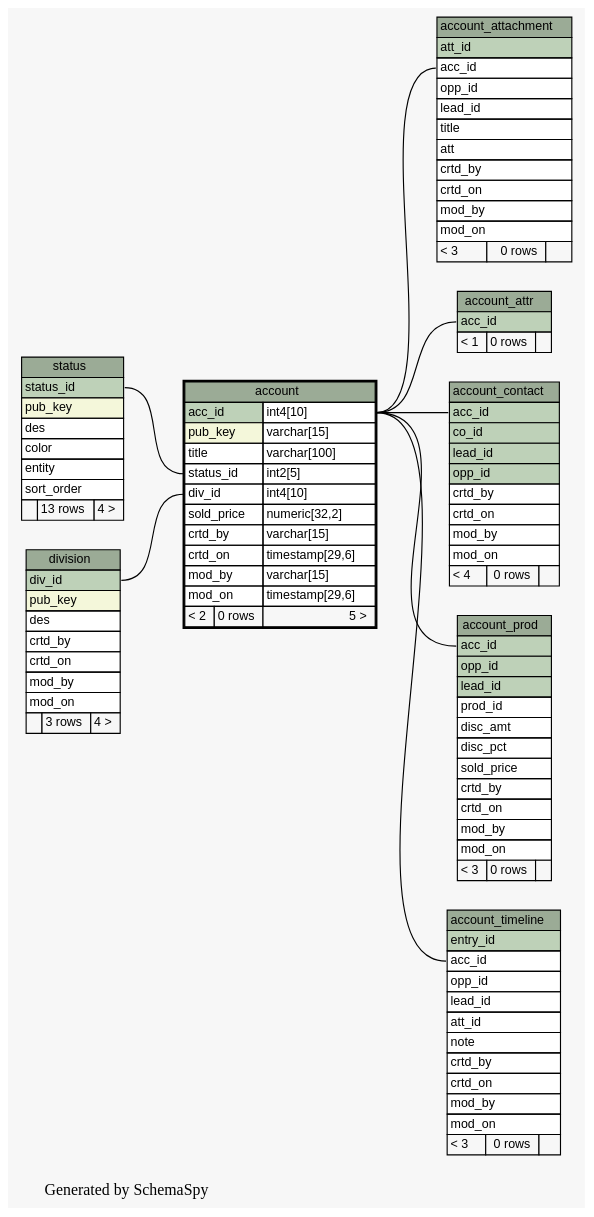
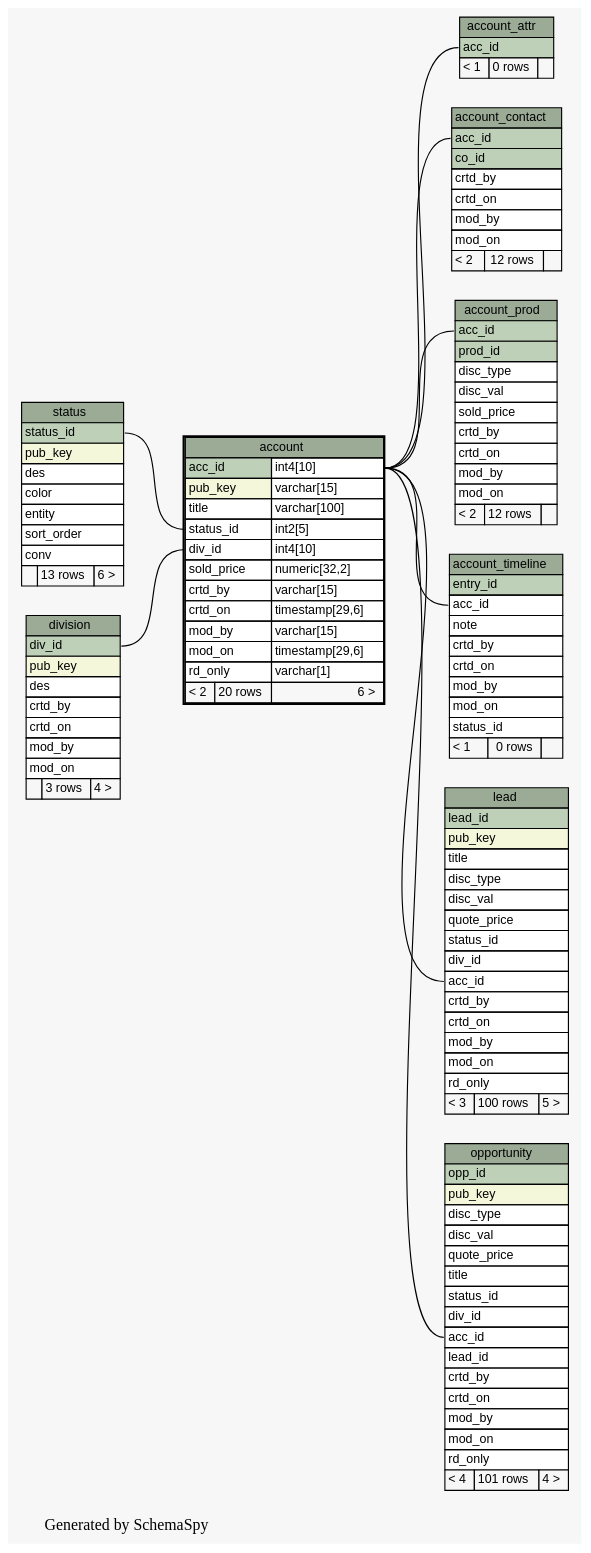
One commit to engineerscraft/salesforce changed the diagram in docs/database/schemaspy/graphs/account.1degree.dot. Above: the diagram before and after it, drawn with Graphviz. The commit also changed 157 other files, not shown here.

```diff
--- a/docs/database/schemaspy/graphs/account.1degree.dot
+++ b/docs/database/schemaspy/graphs/account.1degree.dot
@@ -16,11 +16,12 @@
   ];
   "account":"div_id":w -> "division":"div_id":e [arrowtail=crowtee arrowhead=none];
   "account":"status_id":w -> "status":"status_id":e [arrowtail=crowtee arrowhead=none];
-  "account_attachment":"acc_id":w -> "account":"acc_id.type":e [arrowtail=crowtee arrowhead=none];
   "account_attr":"acc_id":w -> "account":"acc_id.type":e [arrowtail=tee arrowhead=none];
   "account_contact":"acc_id":w -> "account":"acc_id.type":e [arrowtail=crowtee arrowhead=none];
   "account_prod":"acc_id":w -> "account":"acc_id.type":e [arrowtail=crowtee arrowhead=none];
   "account_timeline":"acc_id":w -> "account":"acc_id.type":e [arrowtail=crowtee arrowhead=none];
+  "lead":"acc_id":w -> "account":"acc_id.type":e [arrowtail=crowodot arrowhead=none];
+  "opportunity":"acc_id":w -> "account":"acc_id.type":e [arrowtail=crowodot arrowhead=none];
   "account" [
     label=<
     <TABLE BORDER="2" CELLBORDER="1" CELLSPACING="0" BGCOLOR="#ffffff">
@@ -35,29 +36,11 @@
       <TR><TD PORT="crtd_on" COLSPAN="2" ALIGN="LEFT">crtd_on</TD><TD PORT="crtd_on.type" ALIGN="LEFT">timestamp[29,6]</TD></TR>
       <TR><TD PORT="mod_by" COLSPAN="2" ALIGN="LEFT">mod_by</TD><TD PORT="mod_by.type" ALIGN="LEFT">varchar[15]</TD></TR>
       <TR><TD PORT="mod_on" COLSPAN="2" ALIGN="LEFT">mod_on</TD><TD PORT="mod_on.type" ALIGN="LEFT">timestamp[29,6]</TD></TR>
-      <TR><TD ALIGN="LEFT" BGCOLOR="#f7f7f7">&lt; 2</TD><TD ALIGN="RIGHT" BGCOLOR="#f7f7f7">0 rows</TD><TD ALIGN="RIGHT" BGCOLOR="#f7f7f7">5 &gt;</TD></TR>
+      <TR><TD PORT="rd_only" COLSPAN="2" ALIGN="LEFT">rd_only</TD><TD PORT="rd_only.type" ALIGN="LEFT">varchar[1]</TD></TR>
+      <TR><TD ALIGN="LEFT" BGCOLOR="#f7f7f7">&lt; 2</TD><TD ALIGN="RIGHT" BGCOLOR="#f7f7f7">20 rows</TD><TD ALIGN="RIGHT" BGCOLOR="#f7f7f7">6 &gt;</TD></TR>
     </TABLE>>
     URL="account.html#"
     tooltip="account"
-  ];
-  "account_attachment" [
-    label=<
-    <TABLE BORDER="0" CELLBORDER="1" CELLSPACING="0" BGCOLOR="#ffffff">
-      <TR><TD PORT="account_attachment.heading" COLSPAN="3" BGCOLOR="#9bab96" ALIGN="CENTER">account_attachment</TD></TR>
-      <TR><TD PORT="att_id" COLSPAN="3" BGCOLOR="#bed1b8" ALIGN="LEFT">att_id</TD></TR>
-      <TR><TD PORT="acc_id" COLSPAN="3" ALIGN="LEFT">acc_id</TD></TR>
-      <TR><TD PORT="opp_id" COLSPAN="3" ALIGN="LEFT">opp_id</TD></TR>
-      <TR><TD PORT="lead_id" COLSPAN="3" ALIGN="LEFT">lead_id</TD></TR>
-      <TR><TD PORT="title" COLSPAN="3" ALIGN="LEFT">title</TD></TR>
-      <TR><TD PORT="att" COLSPAN="3" ALIGN="LEFT">att</TD></TR>
-      <TR><TD PORT="crtd_by" COLSPAN="3" ALIGN="LEFT">crtd_by</TD></TR>
-      <TR><TD PORT="crtd_on" COLSPAN="3" ALIGN="LEFT">crtd_on</TD></TR>
-      <TR><TD PORT="mod_by" COLSPAN="3" ALIGN="LEFT">mod_by</TD></TR>
-      <TR><TD PORT="mod_on" COLSPAN="3" ALIGN="LEFT">mod_on</TD></TR>
-      <TR><TD ALIGN="LEFT" BGCOLOR="#f7f7f7">&lt; 3</TD><TD ALIGN="RIGHT" BGCOLOR="#f7f7f7">0 rows</TD><TD ALIGN="RIGHT" BGCOLOR="#f7f7f7">  </TD></TR>
-    </TABLE>>
-    URL="account_attachment.html#graph"
-    tooltip="account_attachment"
   ];
   "account_attr" [
     label=<
@@ -75,13 +58,11 @@
       <TR><TD PORT="account_contact.heading" COLSPAN="3" BGCOLOR="#9bab96" ALIGN="CENTER">account_contact</TD></TR>
       <TR><TD PORT="acc_id" COLSPAN="3" BGCOLOR="#bed1b8" ALIGN="LEFT">acc_id</TD></TR>
       <TR><TD PORT="co_id" COLSPAN="3" BGCOLOR="#bed1b8" ALIGN="LEFT">co_id</TD></TR>
-      <TR><TD PORT="lead_id" COLSPAN="3" BGCOLOR="#bed1b8" ALIGN="LEFT">lead_id</TD></TR>
-      <TR><TD PORT="opp_id" COLSPAN="3" BGCOLOR="#bed1b8" ALIGN="LEFT">opp_id</TD></TR>
       <TR><TD PORT="crtd_by" COLSPAN="3" ALIGN="LEFT">crtd_by</TD></TR>
       <TR><TD PORT="crtd_on" COLSPAN="3" ALIGN="LEFT">crtd_on</TD></TR>
       <TR><TD PORT="mod_by" COLSPAN="3" ALIGN="LEFT">mod_by</TD></TR>
       <TR><TD PORT="mod_on" COLSPAN="3" ALIGN="LEFT">mod_on</TD></TR>
-      <TR><TD ALIGN="LEFT" BGCOLOR="#f7f7f7">&lt; 4</TD><TD ALIGN="RIGHT" BGCOLOR="#f7f7f7">0 rows</TD><TD ALIGN="RIGHT" BGCOLOR="#f7f7f7">  </TD></TR>
+      <TR><TD ALIGN="LEFT" BGCOLOR="#f7f7f7">&lt; 2</TD><TD ALIGN="RIGHT" BGCOLOR="#f7f7f7">12 rows</TD><TD ALIGN="RIGHT" BGCOLOR="#f7f7f7">  </TD></TR>
     </TABLE>>
     URL="account_contact.html#graph"
     tooltip="account_contact"
@@ -91,17 +72,15 @@
     <TABLE BORDER="0" CELLBORDER="1" CELLSPACING="0" BGCOLOR="#ffffff">
       <TR><TD PORT="account_prod.heading" COLSPAN="3" BGCOLOR="#9bab96" ALIGN="CENTER">account_prod</TD></TR>
       <TR><TD PORT="acc_id" COLSPAN="3" BGCOLOR="#bed1b8" ALIGN="LEFT">acc_id</TD></TR>
-      <TR><TD PORT="opp_id" COLSPAN="3" BGCOLOR="#bed1b8" ALIGN="LEFT">opp_id</TD></TR>
-      <TR><TD PORT="lead_id" COLSPAN="3" BGCOLOR="#bed1b8" ALIGN="LEFT">lead_id</TD></TR>
-      <TR><TD PORT="prod_id" COLSPAN="3" ALIGN="LEFT">prod_id</TD></TR>
-      <TR><TD PORT="disc_amt" COLSPAN="3" ALIGN="LEFT">disc_amt</TD></TR>
-      <TR><TD PORT="disc_pct" COLSPAN="3" ALIGN="LEFT">disc_pct</TD></TR>
+      <TR><TD PORT="prod_id" COLSPAN="3" BGCOLOR="#bed1b8" ALIGN="LEFT">prod_id</TD></TR>
+      <TR><TD PORT="disc_type" COLSPAN="3" ALIGN="LEFT">disc_type</TD></TR>
+      <TR><TD PORT="disc_val" COLSPAN="3" ALIGN="LEFT">disc_val</TD></TR>
       <TR><TD PORT="sold_price" COLSPAN="3" ALIGN="LEFT">sold_price</TD></TR>
       <TR><TD PORT="crtd_by" COLSPAN="3" ALIGN="LEFT">crtd_by</TD></TR>
       <TR><TD PORT="crtd_on" COLSPAN="3" ALIGN="LEFT">crtd_on</TD></TR>
       <TR><TD PORT="mod_by" COLSPAN="3" ALIGN="LEFT">mod_by</TD></TR>
       <TR><TD PORT="mod_on" COLSPAN="3" ALIGN="LEFT">mod_on</TD></TR>
-      <TR><TD ALIGN="LEFT" BGCOLOR="#f7f7f7">&lt; 3</TD><TD ALIGN="RIGHT" BGCOLOR="#f7f7f7">0 rows</TD><TD ALIGN="RIGHT" BGCOLOR="#f7f7f7">  </TD></TR>
+      <TR><TD ALIGN="LEFT" BGCOLOR="#f7f7f7">&lt; 2</TD><TD ALIGN="RIGHT" BGCOLOR="#f7f7f7">12 rows</TD><TD ALIGN="RIGHT" BGCOLOR="#f7f7f7">  </TD></TR>
     </TABLE>>
     URL="account_prod.html#graph"
     tooltip="account_prod"
@@ -112,15 +91,13 @@
       <TR><TD PORT="account_timeline.heading" COLSPAN="3" BGCOLOR="#9bab96" ALIGN="CENTER">account_timeline</TD></TR>
       <TR><TD PORT="entry_id" COLSPAN="3" BGCOLOR="#bed1b8" ALIGN="LEFT">entry_id</TD></TR>
       <TR><TD PORT="acc_id" COLSPAN="3" ALIGN="LEFT">acc_id</TD></TR>
-      <TR><TD PORT="opp_id" COLSPAN="3" ALIGN="LEFT">opp_id</TD></TR>
-      <TR><TD PORT="lead_id" COLSPAN="3" ALIGN="LEFT">lead_id</TD></TR>
-      <TR><TD PORT="att_id" COLSPAN="3" ALIGN="LEFT">att_id</TD></TR>
       <TR><TD PORT="note" COLSPAN="3" ALIGN="LEFT">note</TD></TR>
       <TR><TD PORT="crtd_by" COLSPAN="3" ALIGN="LEFT">crtd_by</TD></TR>
       <TR><TD PORT="crtd_on" COLSPAN="3" ALIGN="LEFT">crtd_on</TD></TR>
       <TR><TD PORT="mod_by" COLSPAN="3" ALIGN="LEFT">mod_by</TD></TR>
       <TR><TD PORT="mod_on" COLSPAN="3" ALIGN="LEFT">mod_on</TD></TR>
-      <TR><TD ALIGN="LEFT" BGCOLOR="#f7f7f7">&lt; 3</TD><TD ALIGN="RIGHT" BGCOLOR="#f7f7f7">0 rows</TD><TD ALIGN="RIGHT" BGCOLOR="#f7f7f7">  </TD></TR>
+      <TR><TD PORT="status_id" COLSPAN="3" ALIGN="LEFT">status_id</TD></TR>
+      <TR><TD ALIGN="LEFT" BGCOLOR="#f7f7f7">&lt; 1</TD><TD ALIGN="RIGHT" BGCOLOR="#f7f7f7">0 rows</TD><TD ALIGN="RIGHT" BGCOLOR="#f7f7f7">  </TD></TR>
     </TABLE>>
     URL="account_timeline.html#graph"
     tooltip="account_timeline"
@@ -141,6 +118,53 @@
     URL="division.html#graph"
     tooltip="division"
   ];
+  "lead" [
+    label=<
+    <TABLE BORDER="0" CELLBORDER="1" CELLSPACING="0" BGCOLOR="#ffffff">
+      <TR><TD PORT="lead.heading" COLSPAN="3" BGCOLOR="#9bab96" ALIGN="CENTER">lead</TD></TR>
+      <TR><TD PORT="lead_id" COLSPAN="3" BGCOLOR="#bed1b8" ALIGN="LEFT">lead_id</TD></TR>
+      <TR><TD PORT="pub_key" COLSPAN="3" BGCOLOR="#f4f7da" ALIGN="LEFT">pub_key</TD></TR>
+      <TR><TD PORT="title" COLSPAN="3" ALIGN="LEFT">title</TD></TR>
+      <TR><TD PORT="disc_type" COLSPAN="3" ALIGN="LEFT">disc_type</TD></TR>
+      <TR><TD PORT="disc_val" COLSPAN="3" ALIGN="LEFT">disc_val</TD></TR>
+      <TR><TD PORT="quote_price" COLSPAN="3" ALIGN="LEFT">quote_price</TD></TR>
+      <TR><TD PORT="status_id" COLSPAN="3" ALIGN="LEFT">status_id</TD></TR>
+      <TR><TD PORT="div_id" COLSPAN="3" ALIGN="LEFT">div_id</TD></TR>
+      <TR><TD PORT="acc_id" COLSPAN="3" ALIGN="LEFT">acc_id</TD></TR>
+      <TR><TD PORT="crtd_by" COLSPAN="3" ALIGN="LEFT">crtd_by</TD></TR>
+      <TR><TD PORT="crtd_on" COLSPAN="3" ALIGN="LEFT">crtd_on</TD></TR>
+      <TR><TD PORT="mod_by" COLSPAN="3" ALIGN="LEFT">mod_by</TD></TR>
+      <TR><TD PORT="mod_on" COLSPAN="3" ALIGN="LEFT">mod_on</TD></TR>
+      <TR><TD PORT="rd_only" COLSPAN="3" ALIGN="LEFT">rd_only</TD></TR>
+      <TR><TD ALIGN="LEFT" BGCOLOR="#f7f7f7">&lt; 3</TD><TD ALIGN="RIGHT" BGCOLOR="#f7f7f7">100 rows</TD><TD ALIGN="RIGHT" BGCOLOR="#f7f7f7">5 &gt;</TD></TR>
+    </TABLE>>
+    URL="lead.html#graph"
+    tooltip="lead"
+  ];
+  "opportunity" [
+    label=<
+    <TABLE BORDER="0" CELLBORDER="1" CELLSPACING="0" BGCOLOR="#ffffff">
+      <TR><TD PORT="opportunity.heading" COLSPAN="3" BGCOLOR="#9bab96" ALIGN="CENTER">opportunity</TD></TR>
+      <TR><TD PORT="opp_id" COLSPAN="3" BGCOLOR="#bed1b8" ALIGN="LEFT">opp_id</TD></TR>
+      <TR><TD PORT="pub_key" COLSPAN="3" BGCOLOR="#f4f7da" ALIGN="LEFT">pub_key</TD></TR>
+      <TR><TD PORT="disc_type" COLSPAN="3" ALIGN="LEFT">disc_type</TD></TR>
+      <TR><TD PORT="disc_val" COLSPAN="3" ALIGN="LEFT">disc_val</TD></TR>
+      <TR><TD PORT="quote_price" COLSPAN="3" ALIGN="LEFT">quote_price</TD></TR>
+      <TR><TD PORT="title" COLSPAN="3" ALIGN="LEFT">title</TD></TR>
+      <TR><TD PORT="status_id" COLSPAN="3" ALIGN="LEFT">status_id</TD></TR>
+      <TR><TD PORT="div_id" COLSPAN="3" ALIGN="LEFT">div_id</TD></TR>
+      <TR><TD PORT="acc_id" COLSPAN="3" ALIGN="LEFT">acc_id</TD></TR>
+      <TR><TD PORT="lead_id" COLSPAN="3" ALIGN="LEFT">lead_id</TD></TR>
+      <TR><TD PORT="crtd_by" COLSPAN="3" ALIGN="LEFT">crtd_by</TD></TR>
+      <TR><TD PORT="crtd_on" COLSPAN="3" ALIGN="LEFT">crtd_on</TD></TR>
+      <TR><TD PORT="mod_by" COLSPAN="3" ALIGN="LEFT">mod_by</TD></TR>
+      <TR><TD PORT="mod_on" COLSPAN="3" ALIGN="LEFT">mod_on</TD></TR>
+      <TR><TD PORT="rd_only" COLSPAN="3" ALIGN="LEFT">rd_only</TD></TR>
+      <TR><TD ALIGN="LEFT" BGCOLOR="#f7f7f7">&lt; 4</TD><TD ALIGN="RIGHT" BGCOLOR="#f7f7f7">101 rows</TD><TD ALIGN="RIGHT" BGCOLOR="#f7f7f7">4 &gt;</TD></TR>
+    </TABLE>>
+    URL="opportunity.html#graph"
+    tooltip="opportunity"
+  ];
   "status" [
     label=<
     <TABLE BORDER="0" CELLBORDER="1" CELLSPACING="0" BGCOLOR="#ffffff">
@@ -151,7 +175,8 @@
       <TR><TD PORT="color" COLSPAN="3" ALIGN="LEFT">color</TD></TR>
       <TR><TD PORT="entity" COLSPAN="3" ALIGN="LEFT">entity</TD></TR>
       <TR><TD PORT="sort_order" COLSPAN="3" ALIGN="LEFT">sort_order</TD></TR>
-      <TR><TD ALIGN="LEFT" BGCOLOR="#f7f7f7">  </TD><TD ALIGN="RIGHT" BGCOLOR="#f7f7f7">13 rows</TD><TD ALIGN="RIGHT" BGCOLOR="#f7f7f7">4 &gt;</TD></TR>
+      <TR><TD PORT="conv" COLSPAN="3" ALIGN="LEFT">conv</TD></TR>
+      <TR><TD ALIGN="LEFT" BGCOLOR="#f7f7f7">  </TD><TD ALIGN="RIGHT" BGCOLOR="#f7f7f7">13 rows</TD><TD ALIGN="RIGHT" BGCOLOR="#f7f7f7">6 &gt;</TD></TR>
     </TABLE>>
     URL="status.html#graph"
     tooltip="status"
```
